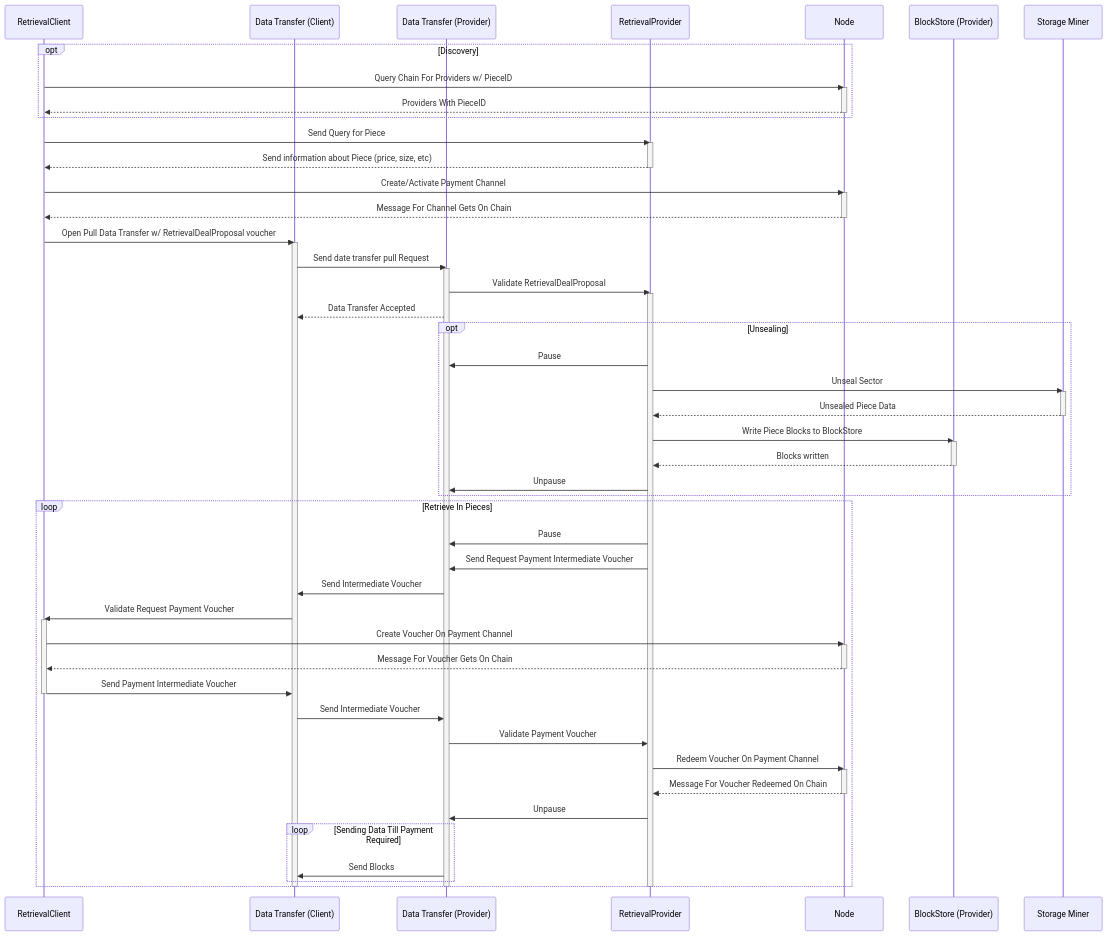
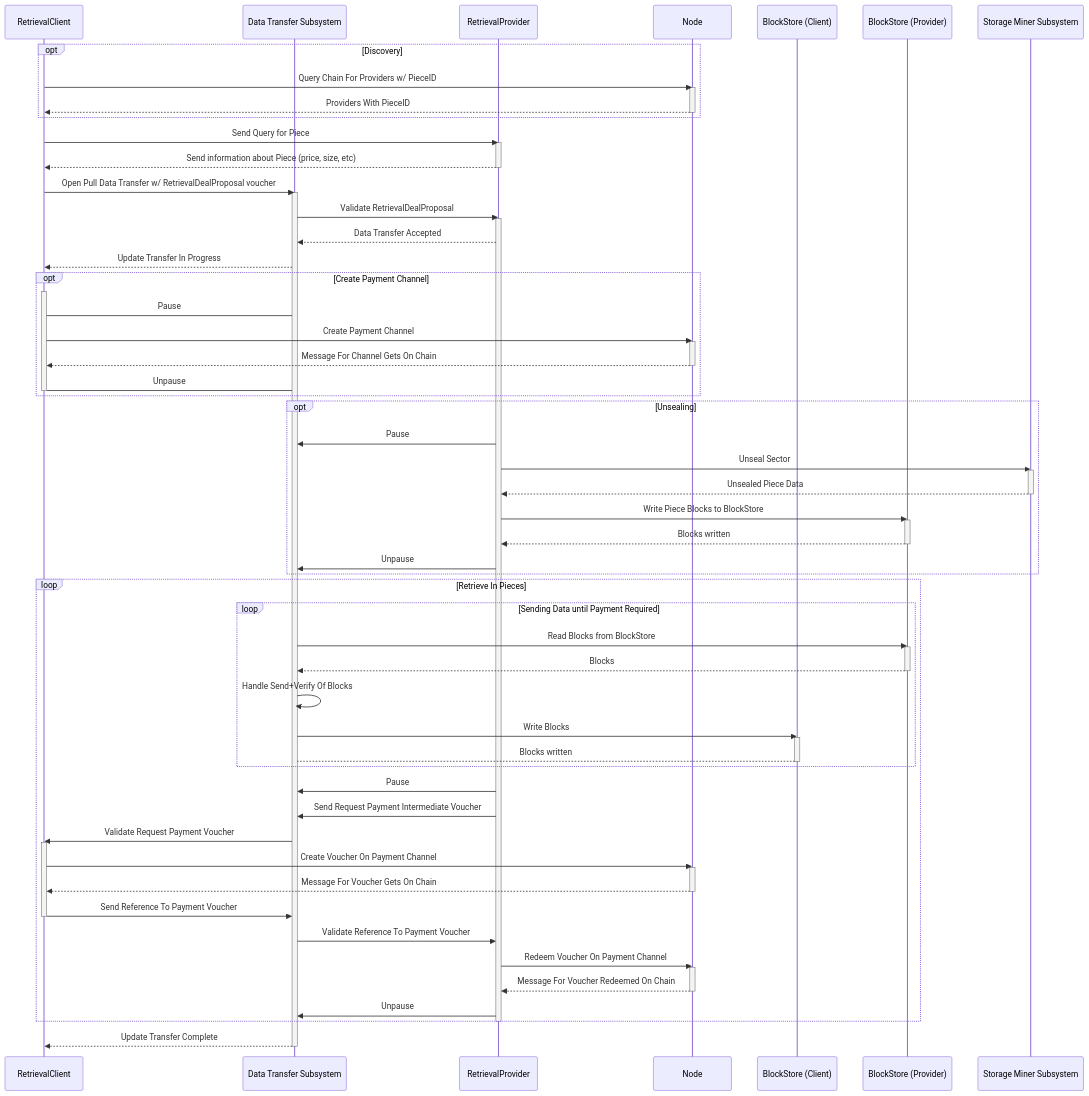
The diagram in src/systems/filecoin_markets/retrieval_market/retrieval_flow_v1.mmd (filecoin-project/specs), drawn with Mermaid before and after one commit. The commit also changed 8 other files, not shown here.

```diff
--- a/src/systems/filecoin_markets/retrieval_market/retrieval_flow_v1.mmd
+++ b/src/systems/filecoin_markets/retrieval_market/retrieval_flow_v1.mmd
@@ -1,70 +1,81 @@
 sequenceDiagram
 
   participant Client as RetrievalClient
-  participant DTC as Data Transfer (Client)
-  participant DTP as Data Transfer (Provider)
+  participant DTS as Data Transfer Subsystem
   participant Provider as RetrievalProvider
   participant Node
+  participant BSC as BlockStore (Client)
   participant BSP as BlockStore (Provider)
-  participant StorageMiner as Storage Miner
+  participant StorageMiner as Storage Miner Subsystem
 
   opt Discovery
     Client ->> Node : Query Chain For Providers w/ PieceID
     activate Node
     Node -->> Client : Providers With PieceID
     deactivate Node
   end
 
   Client ->> Provider : Send Query for Piece
   activate Provider
   Provider -->> Client : Send information about Piece (price, size, etc)
   deactivate Provider
-  Client ->> Node : Create/Activate Payment Channel
+  Client ->> DTS : Open Pull Data Transfer w/ RetrievalDealProposal voucher
+  activate DTS
+  DTS ->> Provider : Validate RetrievalDealProposal
+  activate Provider
+  Provider -->> DTS : Data Transfer Accepted
+  DTS -->> Client : Update Transfer In Progress
+  opt Create Payment Channel
+  activate Client
+  Client -> DTS : Pause
+  Client ->> Node : Create Payment Channel
   activate Node
   Node -->> Client : Message For Channel Gets On Chain
   deactivate Node
-  Client ->> DTC : Open Pull Data Transfer w/ RetrievalDealProposal voucher
-  activate DTC
-  DTC ->> DTP : Send date transfer pull Request
-  activate DTP
-  DTP ->> Provider : Validate RetrievalDealProposal
-  activate Provider
-  DTP -->> DTC : Data Transfer Accepted
+  Client -> DTS : Unpause
+  deactivate Client
+  end
   opt Unsealing
-  Provider ->> DTP : Pause
+  Provider ->> DTS : Pause
   Provider ->> StorageMiner : Unseal Sector
   activate StorageMiner
   StorageMiner -->> Provider : Unsealed Piece Data
   deactivate StorageMiner
   Provider ->> BSP: Write Piece Blocks to BlockStore
   activate BSP
   BSP -->> Provider : Blocks written
   deactivate BSP
-  Provider ->> DTP : Unpause
+  Provider ->> DTS : Unpause
   end
   loop Retrieve In Pieces
-    Provider ->> DTP : Pause
-    Provider ->> DTP : Send Request Payment Intermediate Voucher
-    DTP ->> DTC : Send Intermediate Voucher
-    DTC ->> Client : Validate Request Payment Voucher
+    loop Sending Data until Payment Required
+        DTS ->> BSP: Read Blocks from BlockStore
+        activate BSP
+        BSP -->> DTS : Blocks
+        deactivate BSP        
+        DTS ->> DTS : Handle Send+Verify Of Blocks
+        DTS ->> BSC : Write Blocks
+        activate BSC
+        BSC --> DTS: Blocks written
+        deactivate BSC
+    end
+    Provider ->> DTS : Pause
+    Provider ->> DTS : Send Request Payment Intermediate Voucher
+    DTS ->> Client : Validate Request Payment Voucher
     activate Client
     Client ->> Node : Create Voucher On Payment Channel
     activate Node
     Node -->> Client : Message For Voucher Gets On Chain
     deactivate Node
-    Client ->> DTC : Send Payment Intermediate Voucher
+    Client ->> DTS : Send Reference To Payment Voucher
     deactivate Client
-    DTC ->> DTP : Send Intermediate Voucher
-    DTP ->> Provider : Validate Payment Voucher
+    DTS ->> Provider : Validate Reference To Payment Voucher
     Provider ->> Node : Redeem Voucher On Payment Channel
     activate Node
     Node -->> Provider : Message For Voucher Redeemed On Chain
     deactivate Node
-    Provider ->> DTP : Unpause
-    loop Sending Data Till Payment Required
-        DTP ->> DTC : Send Blocks
-    end
+    Provider ->> DTS : Unpause
   end
   deactivate Provider
-  deactivate DTP
-  deactivate DTC
+  DTS -->> Client : Update Transfer Complete
+  deactivate DTS
```
